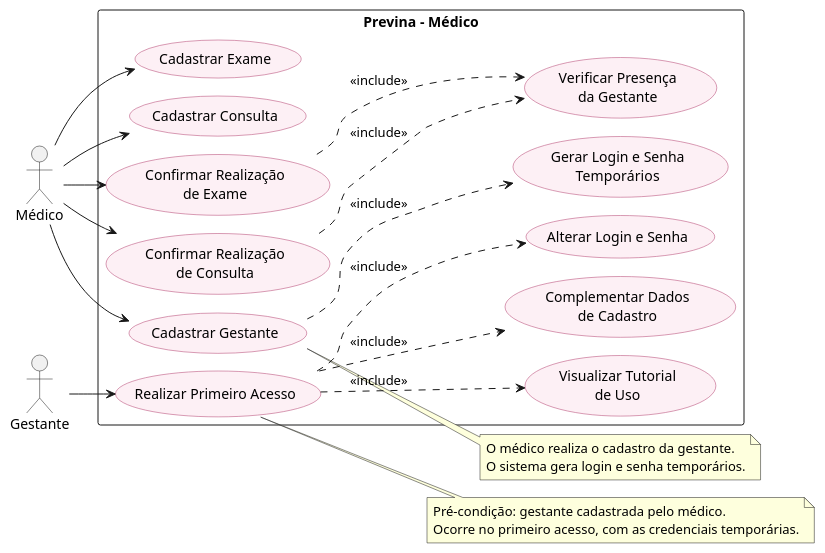
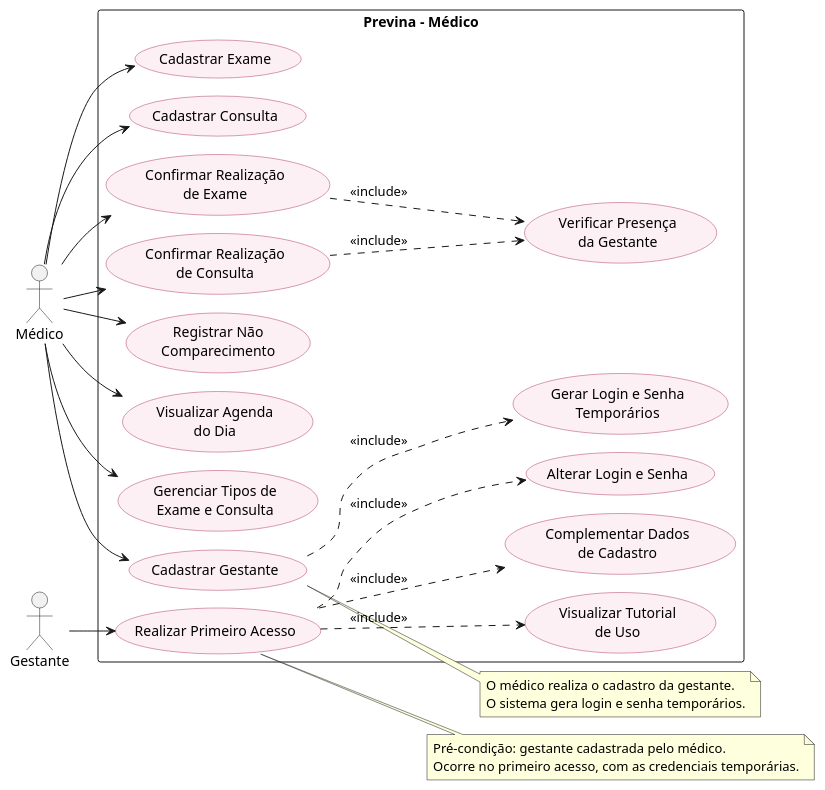
Before and after one commit to CozyShelf/previna-backend: the diagram in docs/use-cases/medico/medico.puml, drawn with PlantUML. The commit also changed 59 other files, not shown here.

```diff
--- a/docs/use-cases/medico/medico.puml
+++ b/docs/use-cases/medico/medico.puml
@@ -1,50 +1,56 @@
 @startuml medico
 !pragma layout smetana
 left to right direction
 skinparam usecase {
   BackgroundColor #FDF0F5
   BorderColor #B03A6B
 }
 
 actor "Médico" as Medico
 actor "Gestante" as Gestante
 
 rectangle "Previna - Médico" {
   usecase "Cadastrar Exame" as CadastrarExame
   usecase "Cadastrar Consulta" as CadastrarConsulta
   usecase "Confirmar Realização\nde Exame" as ConfirmarExame
   usecase "Confirmar Realização\nde Consulta" as ConfirmarConsulta
+  usecase "Registrar Não\nComparecimento" as NaoCompareceu
+  usecase "Visualizar Agenda\ndo Dia" as AgendaDia
+  usecase "Gerenciar Tipos de\nExame e Consulta" as GerenciarTipos
   usecase "Cadastrar Gestante" as CadastrarGestante
   usecase "Realizar Primeiro Acesso" as PrimeiroAcesso
   usecase "Verificar Presença\nda Gestante" as VerificarPresenca
   usecase "Gerar Login e Senha\nTemporários" as GerarCredenciais
   usecase "Visualizar Tutorial\nde Uso" as Tutorial
   usecase "Complementar Dados\nde Cadastro" as Complementar
   usecase "Alterar Login e Senha" as AlterarCredenciais
 }
 
 Medico --> CadastrarExame
 Medico --> CadastrarConsulta
 Medico --> ConfirmarExame
 Medico --> ConfirmarConsulta
+Medico --> NaoCompareceu
+Medico --> AgendaDia
+Medico --> GerenciarTipos
 Medico --> CadastrarGestante
 Gestante --> PrimeiroAcesso
 
 ConfirmarExame ..> VerificarPresenca : <<include>>
 ConfirmarConsulta ..> VerificarPresenca : <<include>>
 CadastrarGestante ..> GerarCredenciais : <<include>>
 PrimeiroAcesso ..> Tutorial : <<include>>
 PrimeiroAcesso ..> Complementar : <<include>>
 PrimeiroAcesso ..> AlterarCredenciais : <<include>>
 
 note right of PrimeiroAcesso
   Pré-condição: gestante cadastrada pelo médico.
   Ocorre no primeiro acesso, com as credenciais temporárias.
 end note
 
 note right of CadastrarGestante
   O médico realiza o cadastro da gestante.
   O sistema gera login e senha temporários.
 end note
 
 @enduml
```
